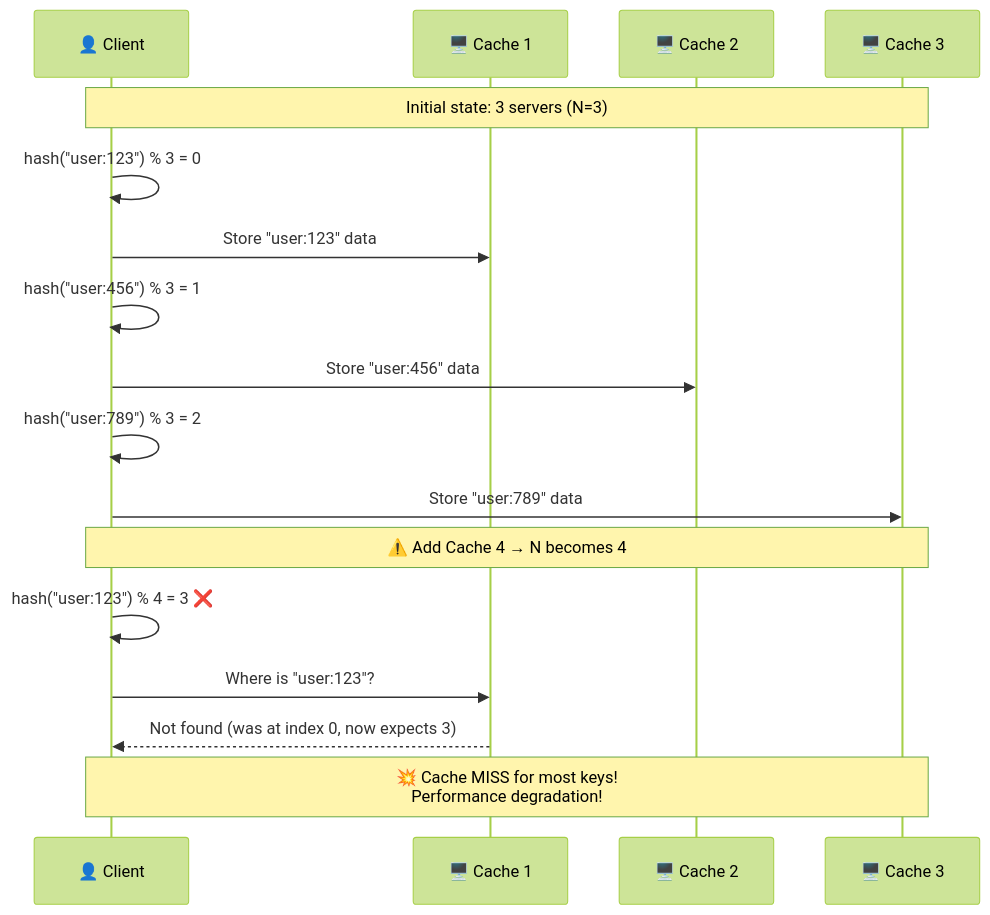
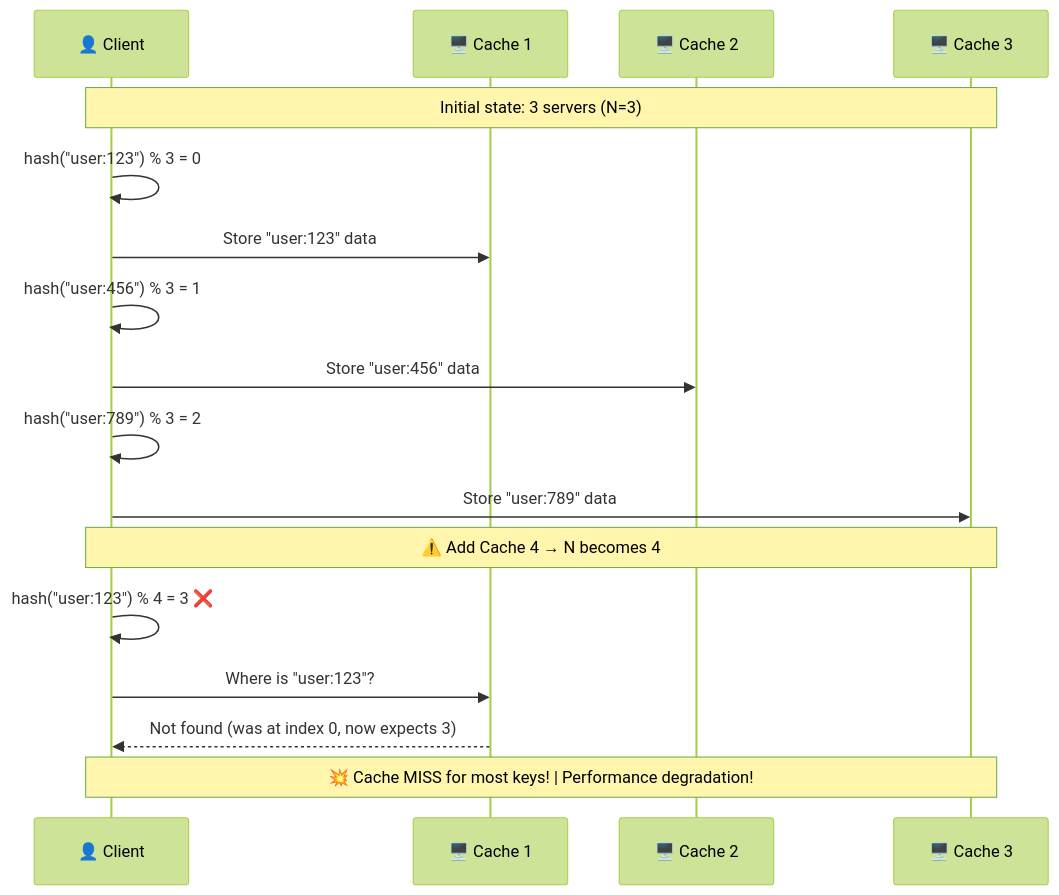
The second of 14 diagrams in HLD/foundation/14_consistent-hashing.md (p1kmr/for-reading), drawn with Mermaid (forest theme) before and after one commit. The commit also changed other lines of this file and 14 other files, not shown here.

Commit message:
Fix Mermaid diagram syntax: Replace <br/> with <br> for GitHub compatibility

````diff
--- a/HLD/foundation/14_consistent-hashing.md
+++ b/HLD/foundation/14_consistent-hashing.md
@@ -51,26 +51,26 @@
 ```mermaid
 sequenceDiagram
     participant Client as 👤 Client
     participant Cache1 as 🖥️ Cache 1
     participant Cache2 as 🖥️ Cache 2
     participant Cache3 as 🖥️ Cache 3
 
     Note over Client,Cache3: Initial state: 3 servers (N=3)
 
     Client->>Client: hash("user:123") % 3 = 0
     Client->>Cache1: Store "user:123" data
 
     Client->>Client: hash("user:456") % 3 = 1
     Client->>Cache2: Store "user:456" data
 
     Client->>Client: hash("user:789") % 3 = 2
     Client->>Cache3: Store "user:789" data
 
     Note over Client,Cache3: ⚠️ Add Cache 4 → N becomes 4
 
     Client->>Client: hash("user:123") % 4 = 3 ❌
     Client->>Cache1: Where is "user:123"?
     Cache1-->>Client: Not found (was at index 0, now expects 3)
 
-    Note over Client,Cache3: 💥 Cache MISS for most keys!<br/>Performance degradation!
+    Note over Client,Cache3: 💥 Cache MISS for most keys! | Performance degradation!
 ```
````
